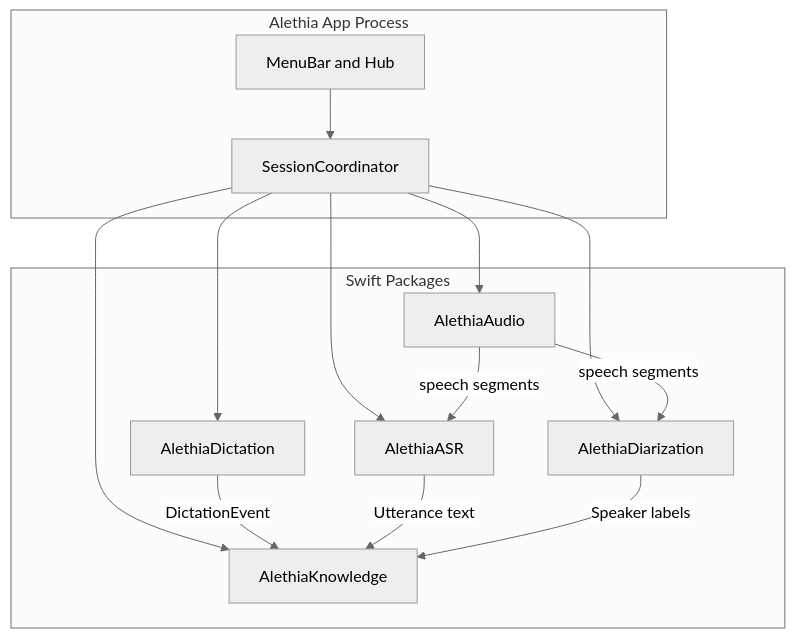
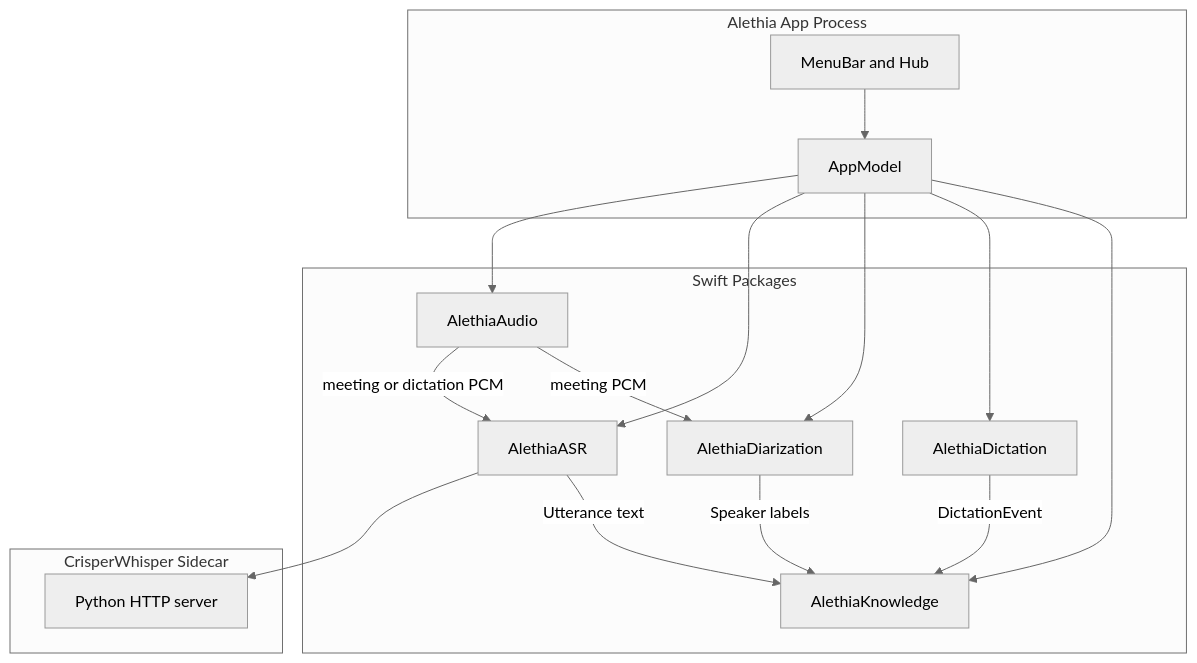
Before and after one commit to Abhijit-Kadalli/Alethia: the diagram in docs/architecture.md, drawn with Mermaid (neutral theme). The commit also changed other lines of this file and 31 other files, not shown here.

First line of the commit message:
Refactor Alethia for meeting recording and CrisperWhisper integration

````diff
--- a/docs/architecture.md
+++ b/docs/architecture.md
@@ -12,27 +12,32 @@
 ```mermaid
 flowchart TB
   subgraph app [Alethia App Process]
     UI[MenuBar and Hub]
-    Coord[SessionCoordinator]
+    Coord[AppModel]
   end
 
   subgraph packages [Swift Packages]
     Audio[AlethiaAudio]
     ASR[AlethiaASR]
     Diar[AlethiaDiarization]
     Dict[AlethiaDictation]
     Know[AlethiaKnowledge]
   end
 
+  subgraph sidecar [CrisperWhisper Sidecar]
+    CW[Python HTTP server]
+  end
+
   UI --> Coord
   Coord --> Audio
   Coord --> ASR
   Coord --> Diar
   Coord --> Dict
   Coord --> Know
-  Audio -->|speech segments| ASR
-  Audio -->|speech segments| Diar
+  Audio -->|meeting or dictation PCM| ASR
+  ASR --> CW
+  Audio -->|meeting PCM| Diar
   Dict -->|DictationEvent| Know
   ASR -->|Utterance text| Know
   Diar -->|Speaker labels| Know
 ```
````
